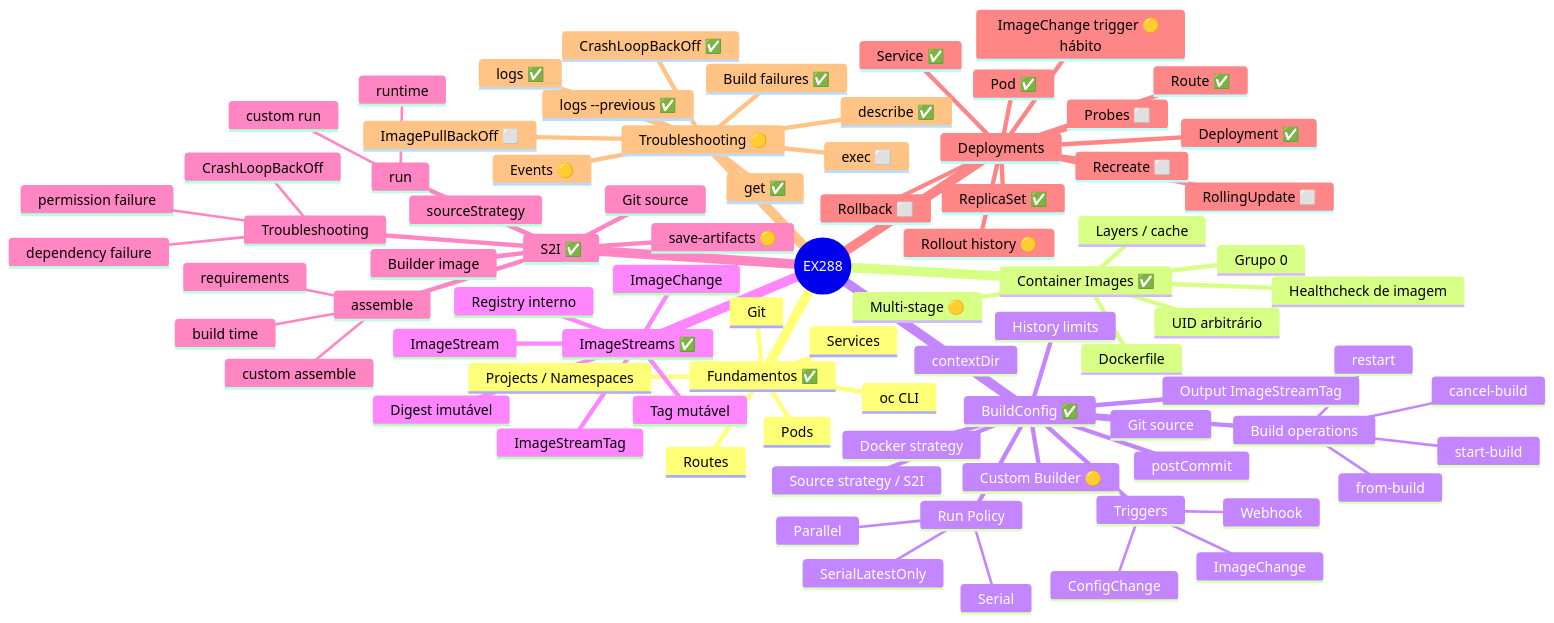
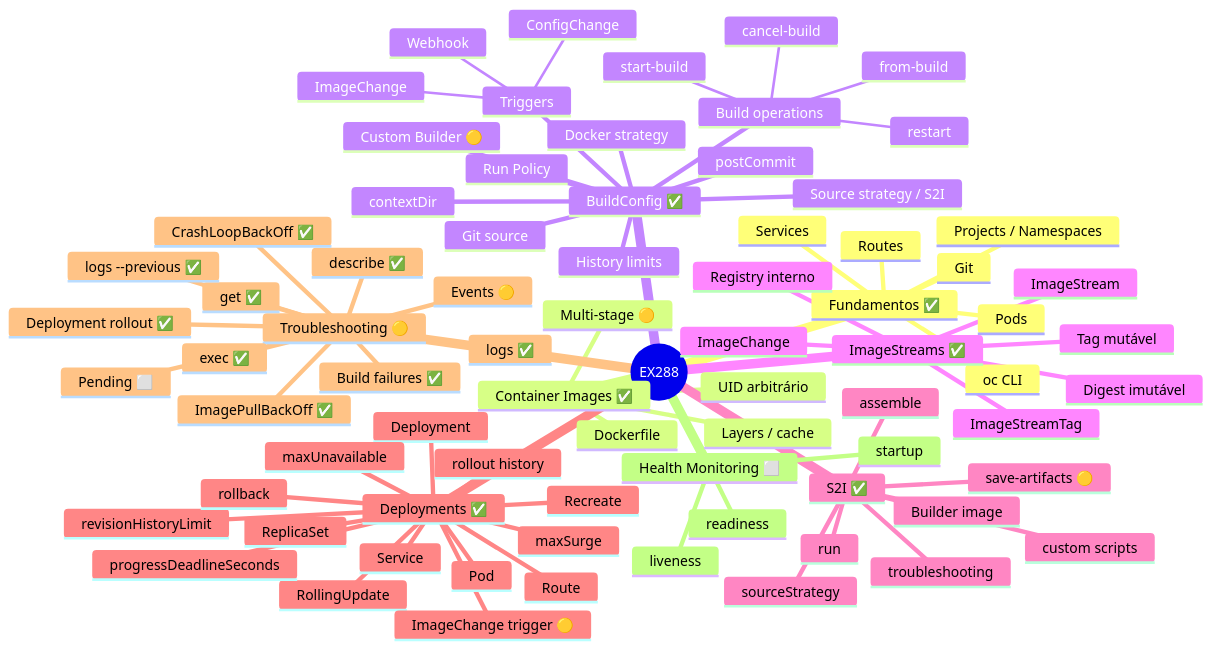
Before and after one commit to fmonticelli/ex288-labs: the second of 9 diagrams in mindmap/README.md, drawn with Mermaid. The commit also changed other lines of this file and 1 other file, not shown here.

````diff
--- a/mindmap/README.md
+++ b/mindmap/README.md
@@ -78,15 +64,12 @@
       Dockerfile
       Layers / cache
       UID arbitrário
-      Grupo 0
-      Healthcheck de imagem
       Multi-stage 🟡
     BuildConfig ✅
       Git source
       contextDir
       Docker strategy
       Source strategy / S2I
-      Output ImageStreamTag
       Triggers
         ConfigChange
         ImageChange
@@ -98,9 +81,6 @@
         from-build
       History limits
       Run Policy
-        Serial
-        Parallel
-        SerialLatestOnly
       postCommit
       Custom Builder 🟡
     ImageStreams ✅
@@ -113,39 +93,40 @@
     S2I ✅
       Builder image
       sourceStrategy
-      Git source
       assemble
-        build time
-        requirements
-        custom assemble
       run
-        runtime
-        custom run
+      custom scripts
       save-artifacts 🟡
-      Troubleshooting
-        dependency failure
-        permission failure
-        CrashLoopBackOff
-    Deployments
-      Deployment ✅
-      ReplicaSet ✅
-      Pod ✅
-      Service ✅
-      Route ✅
-      ImageChange trigger 🟡 hábito
-      Rollout history 🟡
-      Rollback ⬜
-      RollingUpdate ⬜
-      Recreate ⬜
-      Probes ⬜
+      troubleshooting
+    Deployments ✅
+      Deployment
+      ReplicaSet
+      Pod
+      Service
+      Route
+      RollingUpdate
+      Recreate
+      maxSurge
+      maxUnavailable
+      revisionHistoryLimit
+      progressDeadlineSeconds
+      rollout history
+      rollback
+      ImageChange trigger 🟡
     Troubleshooting 🟡
       get ✅
       describe ✅
       logs ✅
       logs --previous ✅
-      exec ⬜
-      Events 🟡
+      exec ✅
       Build failures ✅
       CrashLoopBackOff ✅
-      ImagePullBackOff ⬜
+      ImagePullBackOff ✅
+      Deployment rollout ✅
+      Events 🟡
+      Pending ⬜
+    Health Monitoring ⬜
+      readiness
+      liveness
+      startup
 ```
````
